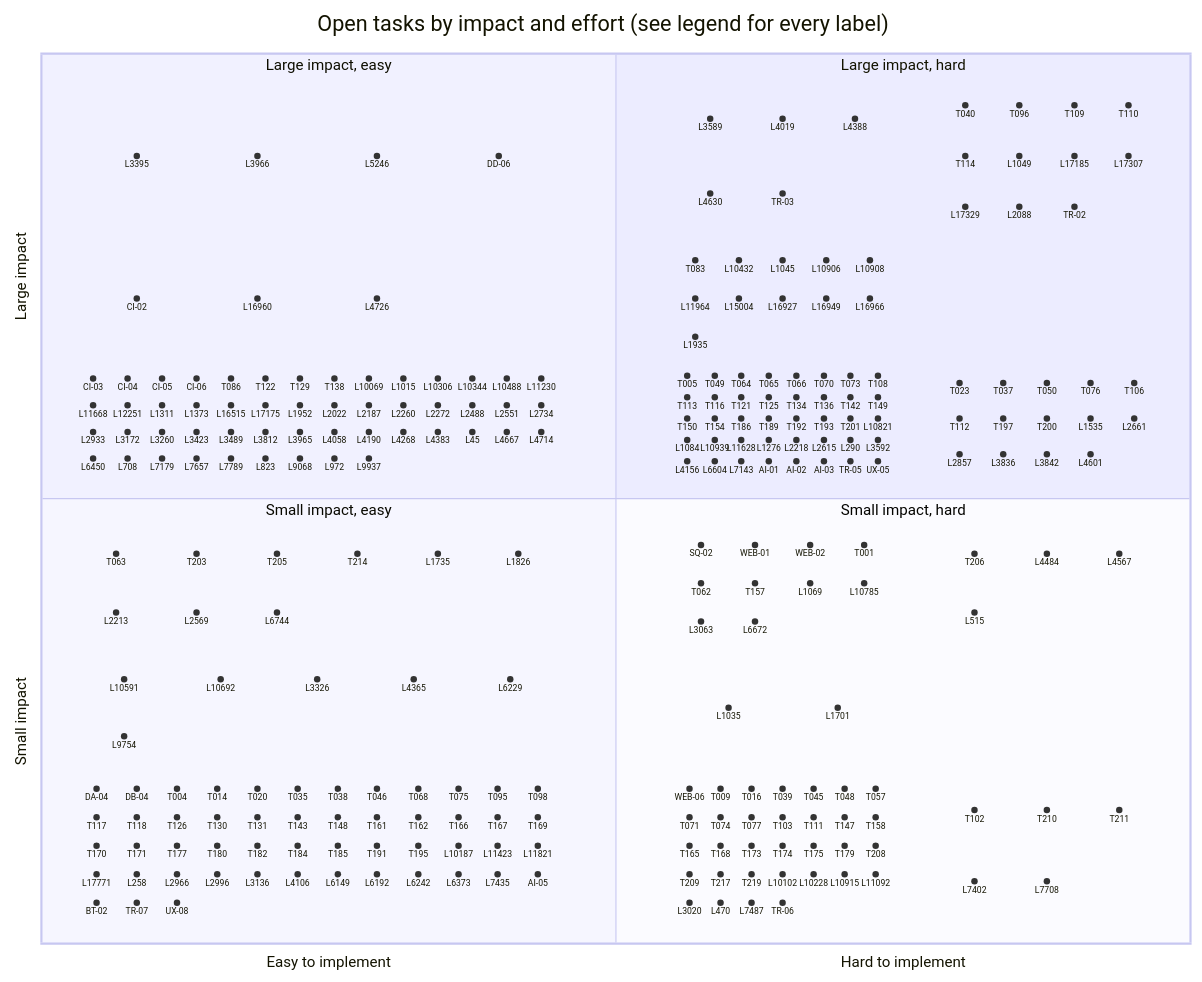
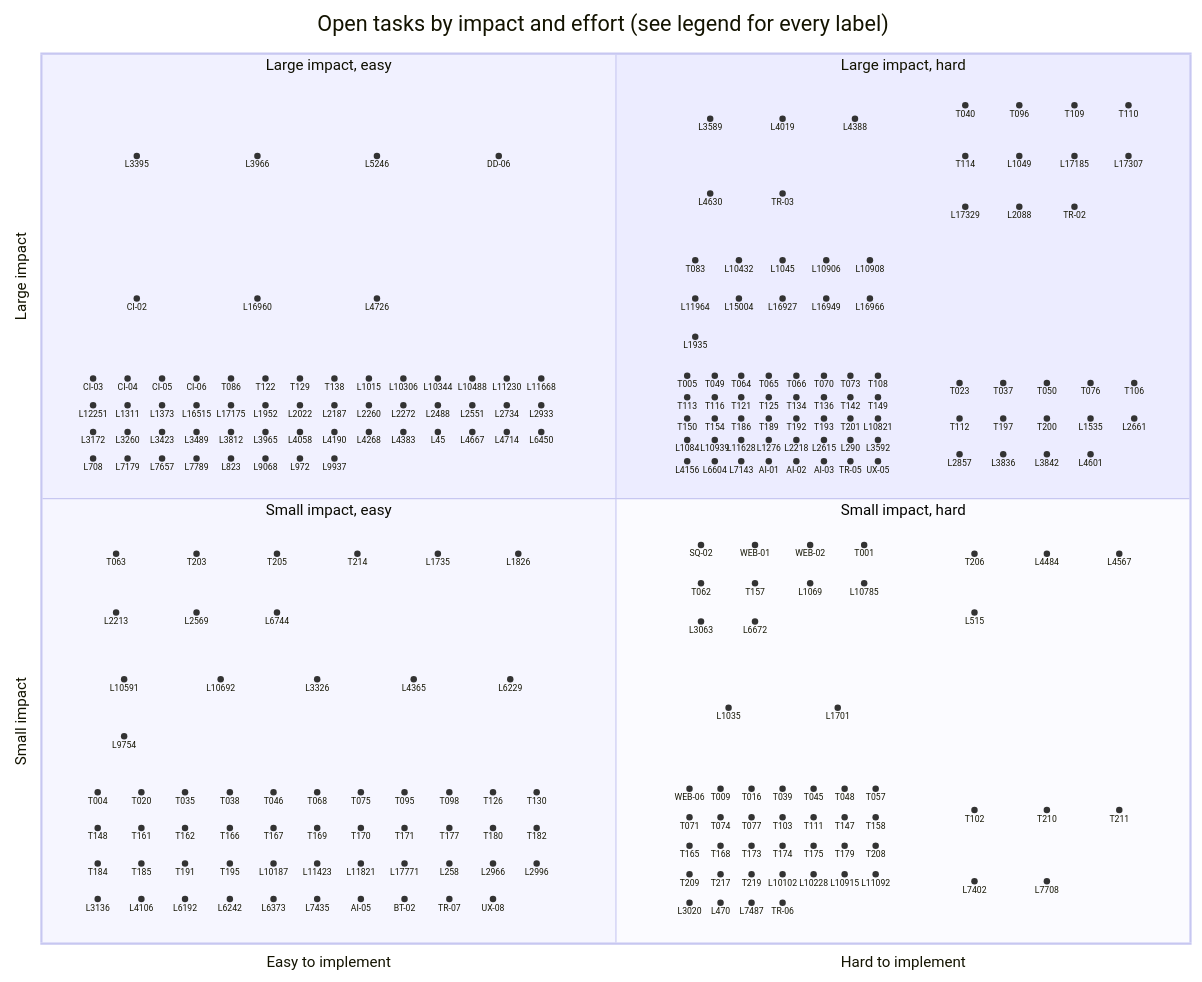
Before and after one commit to falkcorp/audiobook-organizer: the diagram in docs/agent-tasks/todo-completion-2026-09/QUADRANT.md, drawn with Mermaid. The commit also changed other lines of this file and 2 other files, not shown here.

Commit message:
docs(burndown): record the eight #3243 rows in the done ledger and regenerate the matrix and quadrant
Claude-Session: https://claude.ai/code/session_01AYLcqMcDNGR5Y93QptSg2g

```diff
--- a/docs/agent-tasks/todo-completion-2026-09/QUADRANT.md
+++ b/docs/agent-tasks/todo-completion-2026-09/QUADRANT.md
@@ -79,49 +79,48 @@
     T122: [0.195, 0.635]
     T129: [0.225, 0.635]
     T138: [0.255, 0.635]
-    L10069: [0.285, 0.635]
-    L1015: [0.315, 0.635]
-    L10306: [0.345, 0.635]
-    L10344: [0.375, 0.635]
-    L10488: [0.405, 0.635]
-    L11230: [0.435, 0.635]
-    L11668: [0.045, 0.605]
-    L12251: [0.075, 0.605]
-    L1311: [0.105, 0.605]
-    L1373: [0.135, 0.605]
-    L16515: [0.165, 0.605]
-    L17175: [0.195, 0.605]
-    L1952: [0.225, 0.605]
-    L2022: [0.255, 0.605]
-    L2187: [0.285, 0.605]
-    L2260: [0.315, 0.605]
-    L2272: [0.345, 0.605]
-    L2488: [0.375, 0.605]
-    L2551: [0.405, 0.605]
-    L2734: [0.435, 0.605]
-    L2933: [0.045, 0.575]
-    L3172: [0.075, 0.575]
-    L3260: [0.105, 0.575]
-    L3423: [0.135, 0.575]
-    L3489: [0.165, 0.575]
-    L3812: [0.195, 0.575]
-    L3965: [0.225, 0.575]
-    L4058: [0.255, 0.575]
-    L4190: [0.285, 0.575]
-    L4268: [0.315, 0.575]
-    L4383: [0.345, 0.575]
-    L45: [0.375, 0.575]
-    L4667: [0.405, 0.575]
-    L4714: [0.435, 0.575]
-    L6450: [0.045, 0.545]
-    L708: [0.075, 0.545]
-    L7179: [0.105, 0.545]
-    L7657: [0.135, 0.545]
-    L7789: [0.165, 0.545]
-    L823: [0.195, 0.545]
-    L9068: [0.225, 0.545]
-    L972: [0.255, 0.545]
-    L9937: [0.285, 0.545]
+    L1015: [0.285, 0.635]
+    L10306: [0.315, 0.635]
+    L10344: [0.345, 0.635]
+    L10488: [0.375, 0.635]
+    L11230: [0.405, 0.635]
+    L11668: [0.435, 0.635]
+    L12251: [0.045, 0.605]
+    L1311: [0.075, 0.605]
+    L1373: [0.105, 0.605]
+    L16515: [0.135, 0.605]
+    L17175: [0.165, 0.605]
+    L1952: [0.195, 0.605]
+    L2022: [0.225, 0.605]
+    L2187: [0.255, 0.605]
+    L2260: [0.285, 0.605]
+    L2272: [0.315, 0.605]
+    L2488: [0.345, 0.605]
+    L2551: [0.375, 0.605]
+    L2734: [0.405, 0.605]
+    L2933: [0.435, 0.605]
+    L3172: [0.045, 0.575]
+    L3260: [0.075, 0.575]
+    L3423: [0.105, 0.575]
+    L3489: [0.135, 0.575]
+    L3812: [0.165, 0.575]
+    L3965: [0.195, 0.575]
+    L4058: [0.225, 0.575]
+    L4190: [0.255, 0.575]
+    L4268: [0.285, 0.575]
+    L4383: [0.315, 0.575]
+    L45: [0.345, 0.575]
+    L4667: [0.375, 0.575]
+    L4714: [0.405, 0.575]
+    L6450: [0.435, 0.575]
+    L708: [0.045, 0.545]
+    L7179: [0.075, 0.545]
+    L7657: [0.105, 0.545]
+    L7789: [0.135, 0.545]
+    L823: [0.165, 0.545]
+    L9068: [0.195, 0.545]
+    L972: [0.225, 0.545]
+    L9937: [0.255, 0.545]
     T005: [0.562, 0.638]
     T049: [0.586, 0.638]
     T064: [0.609, 0.638]
@@ -208,57 +207,49 @@
     L1035: [0.598, 0.265]
     L1701: [0.693, 0.265]
     WEB-06: [0.564, 0.174]
-    DA-04: [0.048, 0.174]
-    DB-04: [0.083, 0.174]
-    T004: [0.118, 0.174]
-    T014: [0.153, 0.174]
-    T020: [0.188, 0.174]
-    T035: [0.223, 0.174]
-    T038: [0.258, 0.174]
-    T046: [0.292, 0.174]
-    T068: [0.328, 0.174]
-    T075: [0.363, 0.174]
-    T095: [0.397, 0.174]
-    T098: [0.432, 0.174]
-    T117: [0.048, 0.142]
-    T118: [0.083, 0.142]
-    T126: [0.118, 0.142]
-    T130: [0.153, 0.142]
-    T131: [0.188, 0.142]
-    T143: [0.223, 0.142]
-    T148: [0.258, 0.142]
-    T161: [0.292, 0.142]
-    T162: [0.328, 0.142]
-    T166: [0.363, 0.142]
-    T167: [0.397, 0.142]
-    T169: [0.432, 0.142]
-    T170: [0.048, 0.11]
-    T171: [0.083, 0.11]
-    T177: [0.118, 0.11]
-    T180: [0.153, 0.11]
-    T182: [0.188, 0.11]
-    T184: [0.223, 0.11]
-    T185: [0.258, 0.11]
-    T191: [0.292, 0.11]
-    T195: [0.328, 0.11]
-    L10187: [0.363, 0.11]
-    L11423: [0.397, 0.11]
-    L11821: [0.432, 0.11]
-    L17771: [0.048, 0.078]
-    L258: [0.083, 0.078]
-    L2966: [0.118, 0.078]
-    L2996: [0.153, 0.078]
-    L3136: [0.188, 0.078]
-    L4106: [0.223, 0.078]
-    L6149: [0.258, 0.078]
-    L6192: [0.292, 0.078]
-    L6242: [0.328, 0.078]
-    L6373: [0.363, 0.078]
-    L7435: [0.397, 0.078]
-    AI-05: [0.432, 0.078]
-    BT-02: [0.048, 0.046]
-    TR-07: [0.083, 0.046]
-    UX-08: [0.118, 0.046]
+    T004: [0.049, 0.17]
+    T020: [0.087, 0.17]
+    T035: [0.125, 0.17]
+    T038: [0.164, 0.17]
+    T046: [0.202, 0.17]
+    T068: [0.24, 0.17]
+    T075: [0.278, 0.17]
+    T095: [0.316, 0.17]
+    T098: [0.355, 0.17]
+    T126: [0.393, 0.17]
+    T130: [0.431, 0.17]
+    T148: [0.049, 0.13]
+    T161: [0.087, 0.13]
+    T162: [0.125, 0.13]
+    T166: [0.164, 0.13]
+    T167: [0.202, 0.13]
+    T169: [0.24, 0.13]
+    T170: [0.278, 0.13]
+    T171: [0.316, 0.13]
+    T177: [0.355, 0.13]
+    T180: [0.393, 0.13]
+    T182: [0.431, 0.13]
+    T184: [0.049, 0.09]
+    T185: [0.087, 0.09]
+    T191: [0.125, 0.09]
+    T195: [0.164, 0.09]
+    L10187: [0.202, 0.09]
+    L11423: [0.24, 0.09]
+    L11821: [0.278, 0.09]
+    L17771: [0.316, 0.09]
+    L258: [0.355, 0.09]
+    L2966: [0.393, 0.09]
+    L2996: [0.431, 0.09]
+    L3136: [0.049, 0.05]
+    L4106: [0.087, 0.05]
+    L6192: [0.125, 0.05]
+    L6242: [0.164, 0.05]
+    L6373: [0.202, 0.05]
+    L7435: [0.24, 0.05]
+    AI-05: [0.278, 0.05]
+    BT-02: [0.316, 0.05]
+    TR-07: [0.355, 0.05]
+    UX-08: [0.393, 0.05]
     T009: [0.591, 0.174]
     T016: [0.618, 0.174]
     T039: [0.645, 0.174]
```
